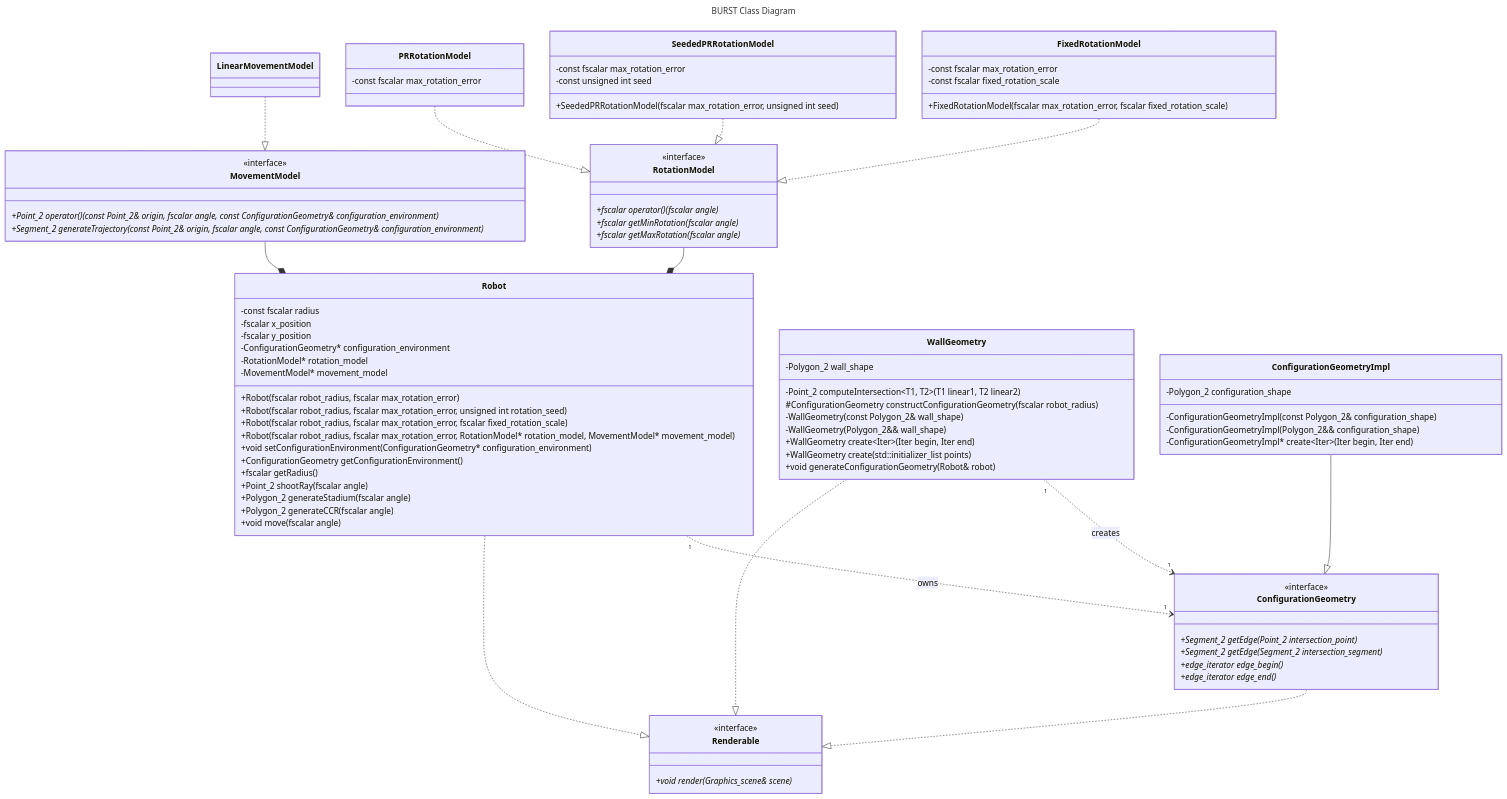
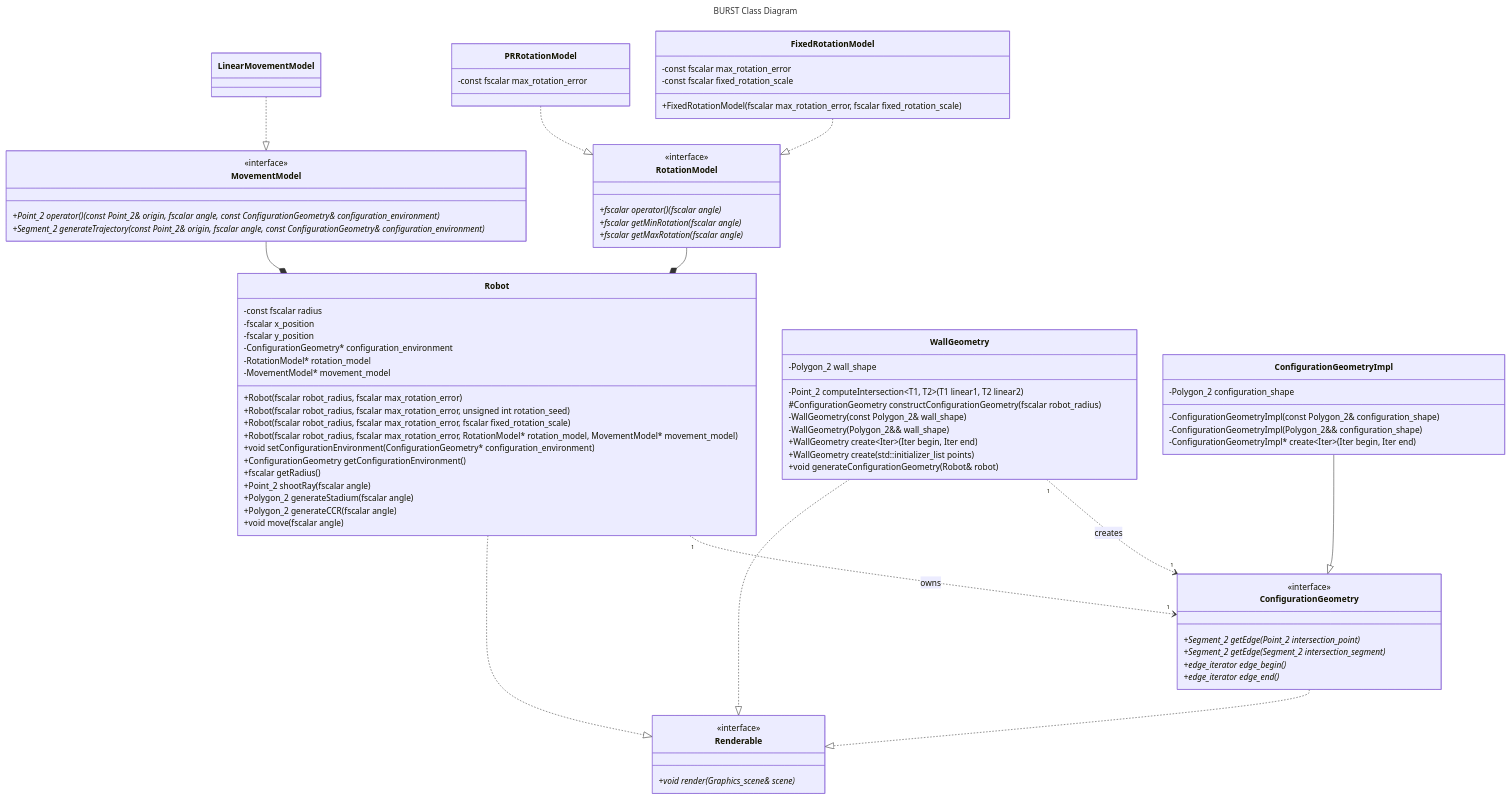
Before and after one commit to KedarPanchal/DAIR-BURST: the diagram in docs/DESIGN.md, drawn with Mermaid. The commit also changed other lines of this file and 1 other file, not shown here.

Commit message:
Remove SeededRotationModel and use templates instead

```diff
--- a/docs/DESIGN.md
+++ b/docs/DESIGN.md
@@ -30,14 +30,6 @@
         -const fscalar max_rotation_error
     }
     PRRotationModel ..|> RotationModel
-
-    class SeededPRRotationModel {
-        -const fscalar max_rotation_error
-        -const unsigned int seed
-
-        +SeededPRRotationModel(fscalar max_rotation_error, unsigned int seed)
-    }
-    SeededPRRotationModel ..|> RotationModel
 
     class FixedRotationModel {
         -const fscalar max_rotation_error
```
